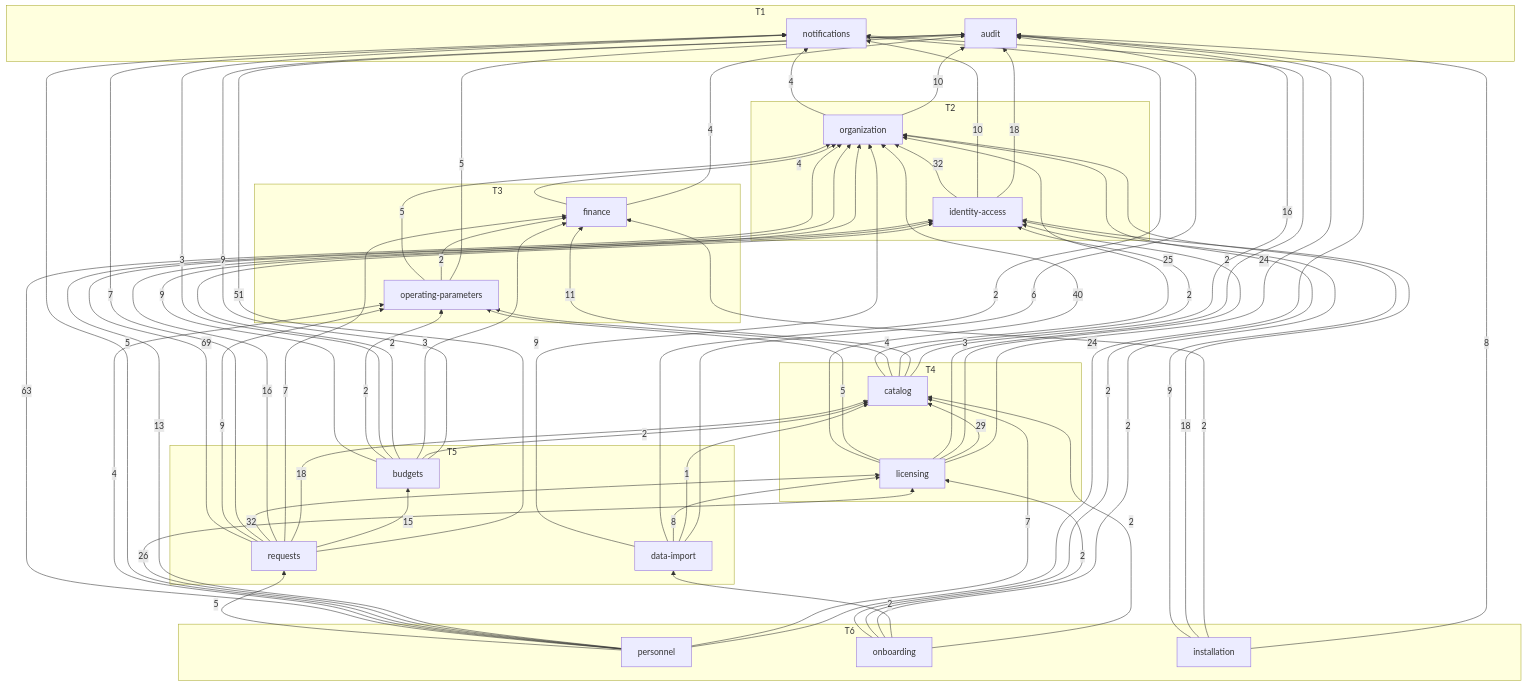
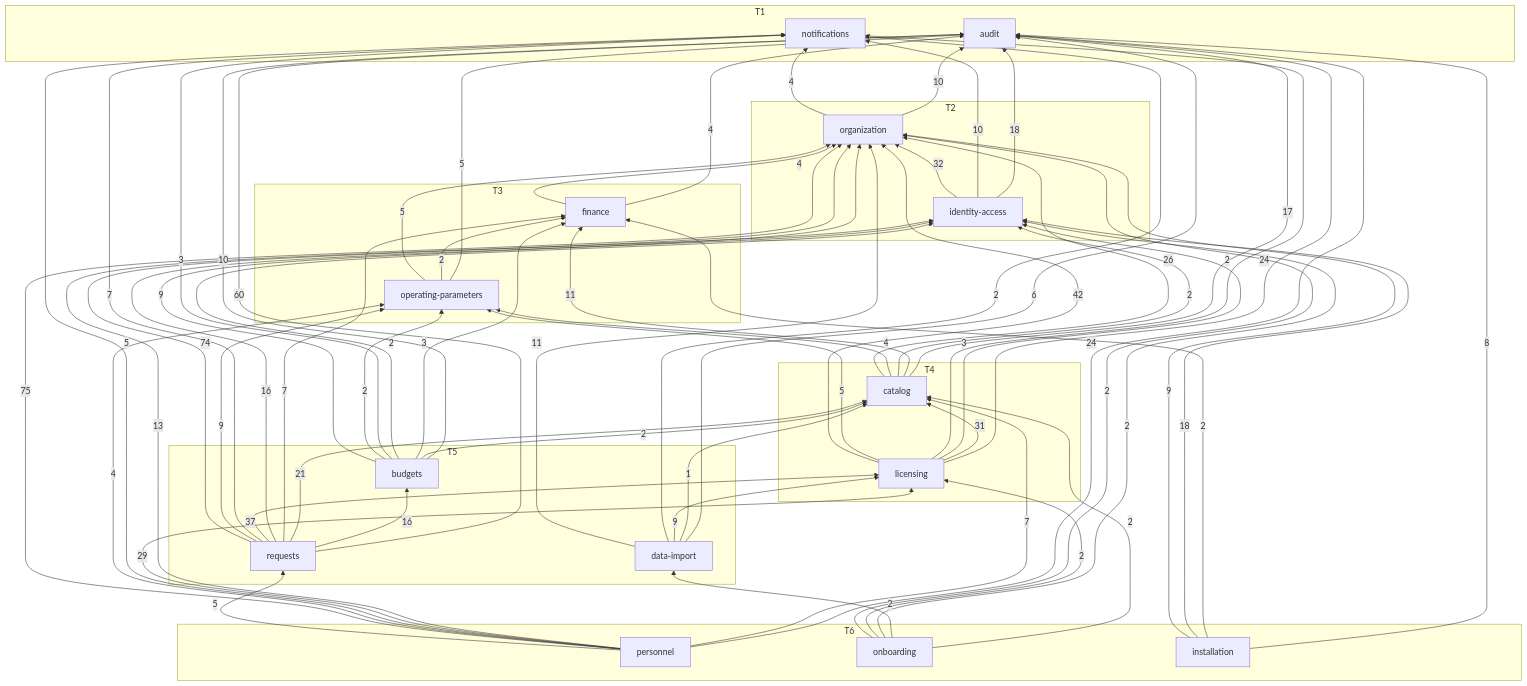
One commit to SEP490-FALL2026/BE-dev changed the diagram in docs/generated/module-graph.md. Above: the diagram before and after it, drawn with Mermaid. The commit also changed 1110 other files, not shown here.

````diff
--- a/docs/generated/module-graph.md
+++ b/docs/generated/module-graph.md
@@ -31,23 +31,23 @@
     onboarding["onboarding"]
     installation["installation"]
   end
-  budgets -->|9| audit
+  budgets -->|10| audit
   budgets -->|2| catalog
   budgets -->|3| finance
   budgets -->|2| identity_access
   budgets -->|3| notifications
   budgets -->|2| operating_parameters
   budgets -->|9| organization
-  catalog -->|16| audit
+  catalog -->|17| audit
   catalog -->|11| finance
   catalog -->|2| identity_access
   catalog -->|4| operating_parameters
-  catalog -->|25| organization
+  catalog -->|26| organization
   data_import -->|6| audit
   data_import -->|1| catalog
-  data_import -->|8| licensing
+  data_import -->|9| licensing
   data_import -->|2| notifications
-  data_import -->|9| organization
+  data_import -->|11| organization
   finance -->|4| audit
   finance -->|4| organization
   identity_access -->|18| audit
@@ -58,11 +58,11 @@
   installation -->|18| identity_access
   installation -->|9| organization
   licensing -->|24| audit
-  licensing -->|29| catalog
+  licensing -->|31| catalog
   licensing -->|3| identity_access
   licensing -->|2| notifications
   licensing -->|5| operating_parameters
-  licensing -->|40| organization
+  licensing -->|42| organization
   onboarding -->|2| catalog
   onboarding -->|2| data_import
   onboarding -->|2| identity_access
@@ -76,18 +76,18 @@
   personnel -->|24| audit
   personnel -->|7| catalog
   personnel -->|13| identity_access
-  personnel -->|26| licensing
+  personnel -->|29| licensing
   personnel -->|5| notifications
   personnel -->|4| operating_parameters
-  personnel -->|63| organization
+  personnel -->|75| organization
   personnel -->|5| requests
-  requests -->|51| audit
-  requests -->|15| budgets
-  requests -->|18| catalog
+  requests -->|60| audit
+  requests -->|16| budgets
+  requests -->|21| catalog
   requests -->|7| finance
   requests -->|16| identity_access
-  requests -->|32| licensing
+  requests -->|37| licensing
   requests -->|7| notifications
   requests -->|9| operating_parameters
-  requests -->|69| organization
+  requests -->|74| organization
 ```
````
